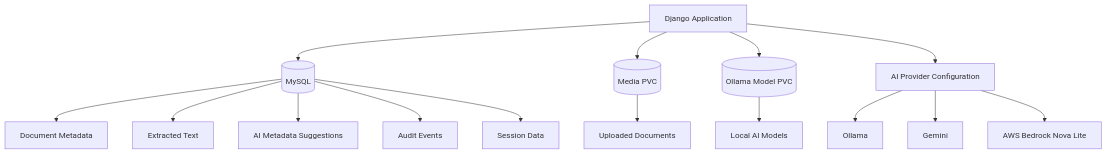
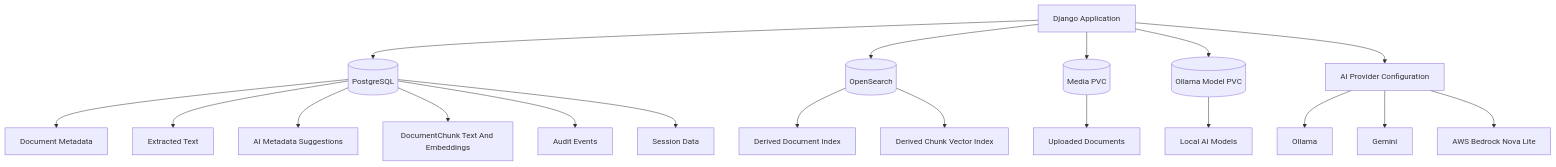
The third of 3 diagrams in docs/architecture.md (khaliqueaws-creator/document-management), drawn with Mermaid before and after one commit. The commit also changed other lines of this file and 19 other files, not shown here.

Commit message:
Switch semantic search to OpenSearch

````diff
--- a/docs/architecture.md
+++ b/docs/architecture.md
@@ -66,22 +72,27 @@
 ```mermaid
 flowchart TB
     App[Django Application]
 
-    App --> DB[(MySQL)]
+    App --> DB[(PostgreSQL)]
     DB --> Metadata[Document Metadata]
     DB --> ExtractedText[Extracted Text]
     DB --> AISuggestions[AI Metadata Suggestions]
+    DB --> Chunks[DocumentChunk Text And Embeddings]
     DB --> Audit[Audit Events]
     DB --> SessionData[Session Data]
+
+    App --> Search[(OpenSearch)]
+    Search --> SearchDocs[Derived Document Index]
+    Search --> SearchChunks[Derived Chunk Vector Index]
 
     App --> MediaPVC[(Media PVC)]
     MediaPVC --> Files[Uploaded Documents]
 
     App --> ModelPVC[(Ollama Model PVC)]
     ModelPVC --> Models[Local AI Models]
 
     App --> AIProviderConfig[AI Provider Configuration]
     AIProviderConfig --> Ollama[Ollama]
     AIProviderConfig --> Gemini[Gemini]
     AIProviderConfig --> Bedrock[AWS Bedrock Nova Lite]
 ```
````
